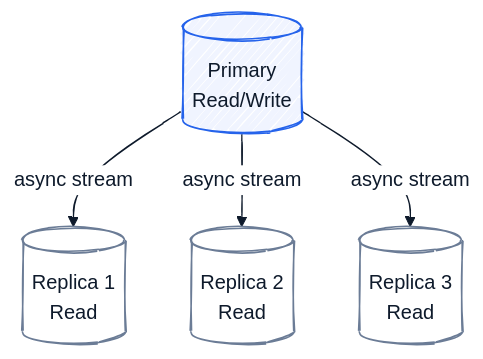
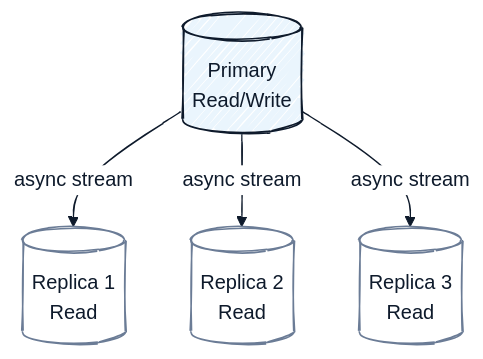
One commit to cartmancodes/InterviewVault changed the fifth of 13 diagrams in LLD/CoreConcepts/Redis.md. Above: the diagram before and after it, drawn with Mermaid. The commit also changed other lines of this file and 7 other files, not shown here.

````diff
--- a/LLD/CoreConcepts/Redis.md
+++ b/LLD/CoreConcepts/Redis.md
@@ -265,30 +265,30 @@
 ```mermaid
 ---
 config:
   look: handDrawn
   handDrawnSeed: 7
   theme: base
   themeVariables:
     primaryColor: "#FFFFFF"
     primaryBorderColor: "#0E1A2B"
     primaryTextColor: "#0E1A2B"
     lineColor: "#0E1A2B"
     clusterBkg: "#FFFFFF"
     clusterBorder: "#6B7C96"
     edgeLabelBackground: "#FFFFFF"
 ---
 graph TB
     P[(Primary<br/>Read/Write)]
     R1[(Replica 1<br/>Read)]
     R2[(Replica 2<br/>Read)]
     R3[(Replica 3<br/>Read)]
 
     P -->|async stream| R1
     P -->|async stream| R2
     P -->|async stream| R3
 
-    style P fill:#F0F4FF,stroke:#2563EB
+    style P fill:#EAF5FD,stroke:#0E1A2B
     style R1 fill:#FFFFFF,stroke:#6B7C96
     style R2 fill:#FFFFFF,stroke:#6B7C96
     style R3 fill:#FFFFFF,stroke:#6B7C96
 ```
````
